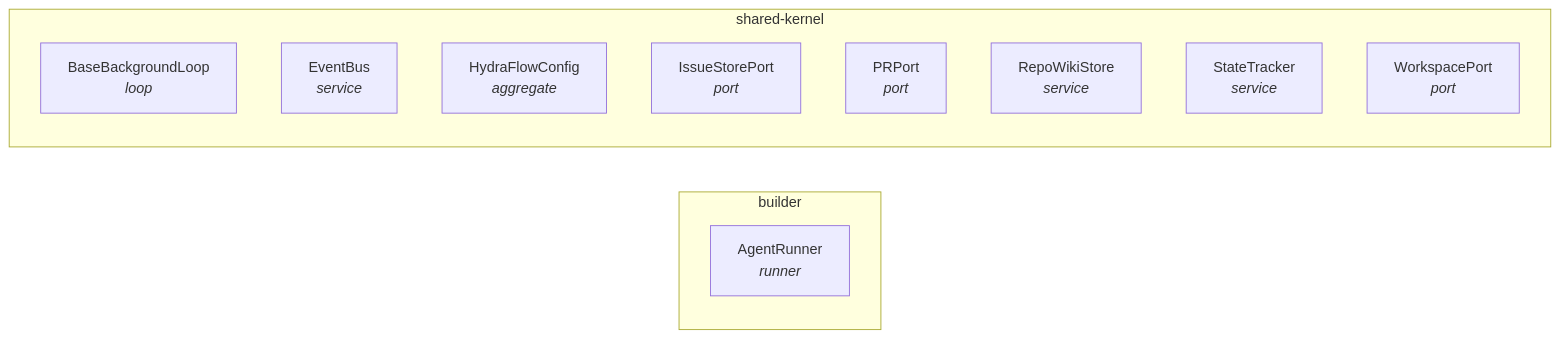
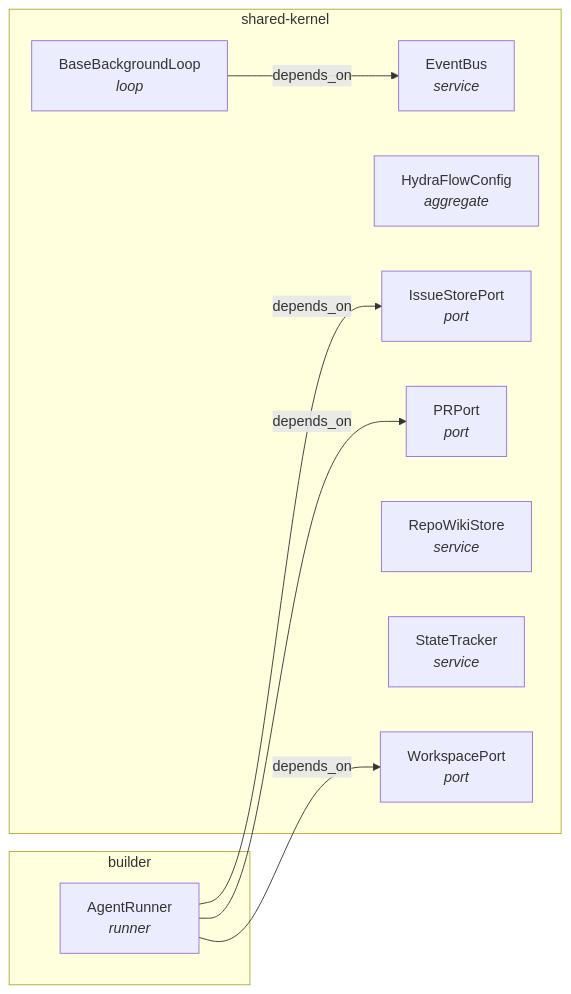
The diagram in docs/arch/generated/ubiquitous-language-context-map.md (T-rav/hyrdaflow), drawn with Mermaid before and after one commit. The commit also changed 6 other files, not shown here.

````diff
--- a/docs/arch/generated/ubiquitous-language-context-map.md
+++ b/docs/arch/generated/ubiquitous-language-context-map.md
@@ -5,16 +5,20 @@
 ```mermaid
 graph LR
   subgraph builder
     AgentRunner["AgentRunner<br/><i>runner</i>"]
   end
   subgraph shared-kernel
     BaseBackgroundLoop["BaseBackgroundLoop<br/><i>loop</i>"]
     EventBus["EventBus<br/><i>service</i>"]
     HydraFlowConfig["HydraFlowConfig<br/><i>aggregate</i>"]
     IssueStorePort["IssueStorePort<br/><i>port</i>"]
     PRPort["PRPort<br/><i>port</i>"]
     RepoWikiStore["RepoWikiStore<br/><i>service</i>"]
     StateTracker["StateTracker<br/><i>service</i>"]
     WorkspacePort["WorkspacePort<br/><i>port</i>"]
   end
+  AgentRunner -->|depends_on| PRPort
+  AgentRunner -->|depends_on| WorkspacePort
+  AgentRunner -->|depends_on| IssueStorePort
+  BaseBackgroundLoop -->|depends_on| EventBus
 ```
````
